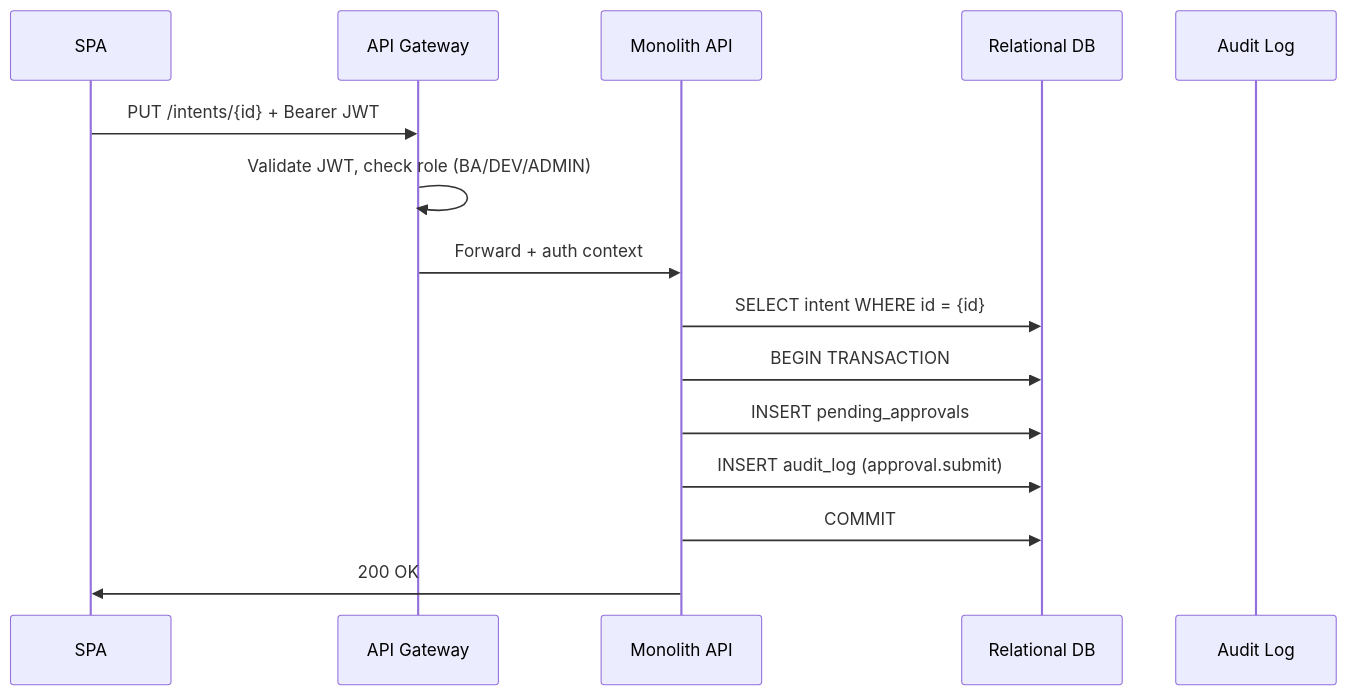
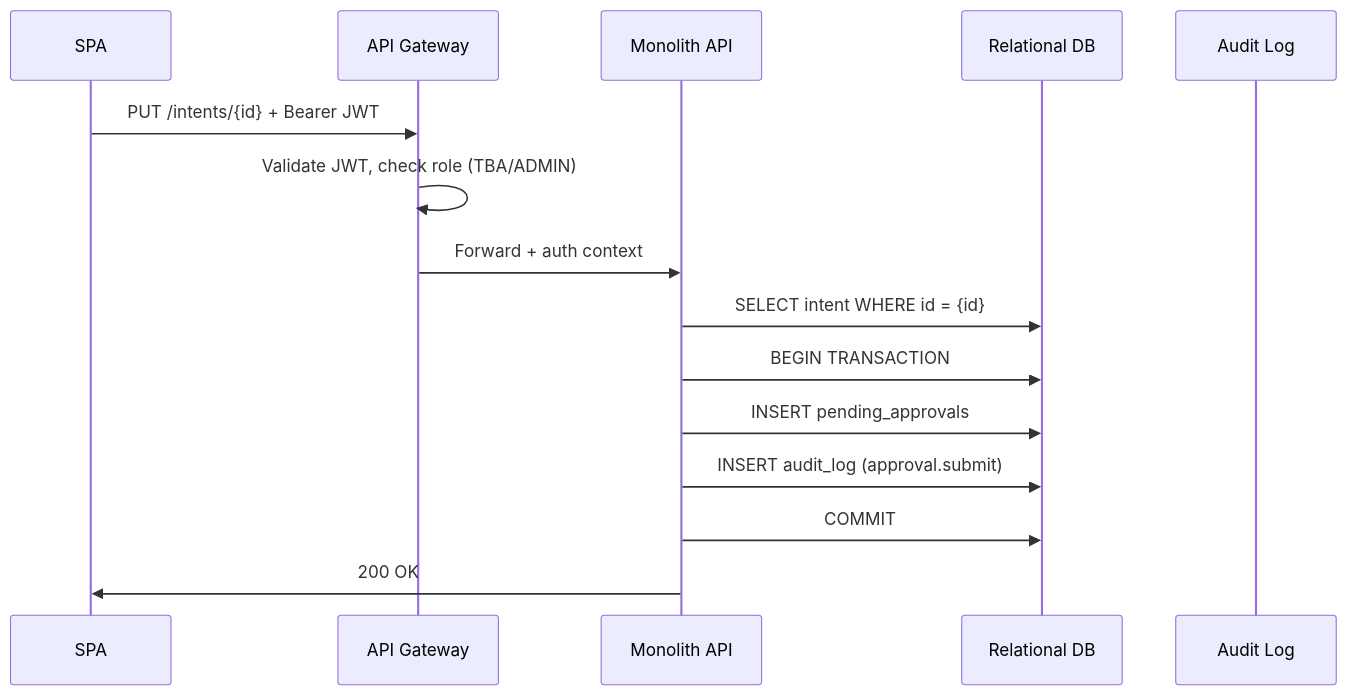
One commit to xiaodoushabing/chatbot-chat changed the third of 6 diagrams in docs/DEVELOPER_SPECIFICATION.md. Above: the diagram before and after it, drawn with Mermaid. The commit also changed other lines of this file, not shown here.

````diff
--- a/docs/DEVELOPER_SPECIFICATION.md
+++ b/docs/DEVELOPER_SPECIFICATION.md
@@ -515,18 +670,18 @@
 ```mermaid
 sequenceDiagram
     participant Client as SPA
     participant GW as API Gateway
     participant API as Monolith API
     participant DB as Relational DB
     participant Audit as Audit Log
 
     Client->>GW: PUT /intents/{id} + Bearer JWT
-    GW->>GW: Validate JWT, check role (BA/DEV/ADMIN)
+    GW->>GW: Validate JWT, check role (TBA/ADMIN)
     GW->>API: Forward + auth context
     API->>DB: SELECT intent WHERE id = {id}
     API->>DB: BEGIN TRANSACTION
     API->>DB: INSERT pending_approvals
     API->>DB: INSERT audit_log (approval.submit)
     API->>DB: COMMIT
     API->>Client: 200 OK
 ```
````
